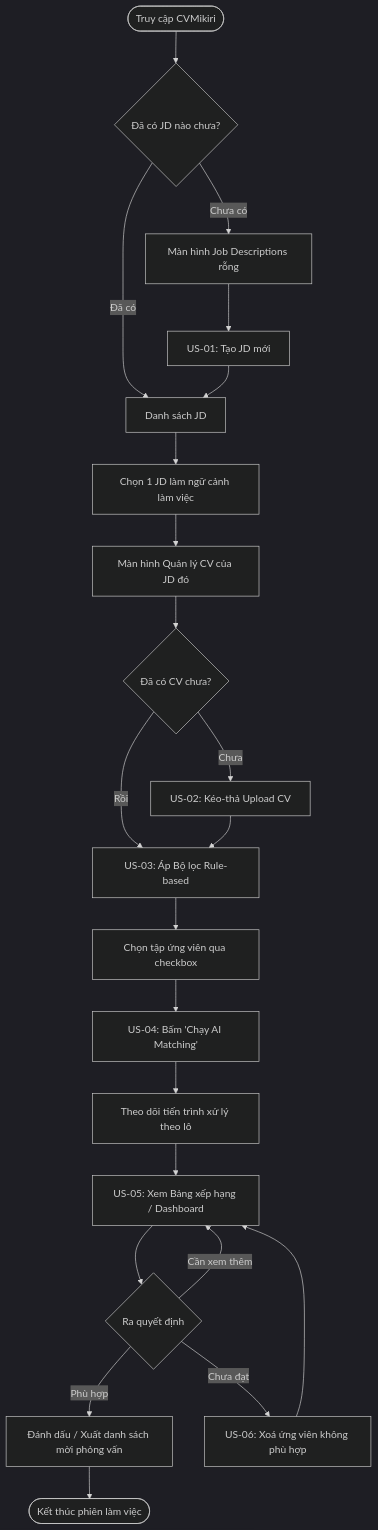
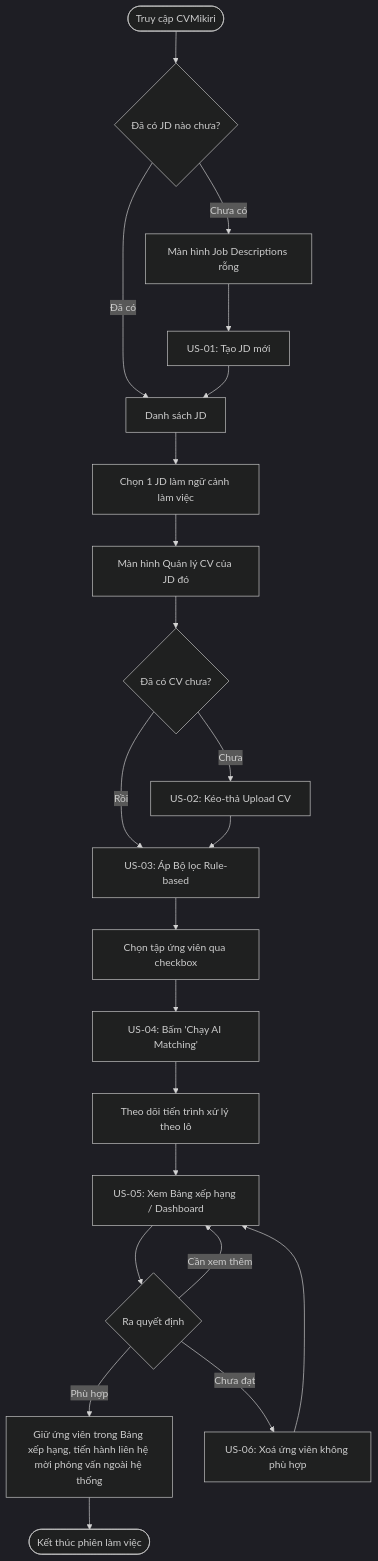
One commit to nadz1112/MikiriCV changed the first of 9 diagrams in docs/Chuong4_CVMikiri_UX.md. Above: the diagram before and after it, drawn with Mermaid (dark theme). The commit also changed other lines of this file, not shown here.

Commit message:
docs: UX/UI Design (User Flow, Wireframe, Prototype, AI Design Review) for CVMikiri

````diff
--- a/docs/Chuong4_CVMikiri_UX.md
+++ b/docs/Chuong4_CVMikiri_UX.md
@@ -18,24 +18,24 @@
 ```mermaid
 flowchart TD
     A([Truy cập CVMikiri]) --> B{Đã có JD nào chưa?}
     B -- Chưa có --> C[Màn hình Job Descriptions rỗng]
     C --> D[US-01: Tạo JD mới]
     B -- Đã có --> E[Danh sách JD]
     D --> E
     E --> F[Chọn 1 JD làm ngữ cảnh làm việc]
     F --> G[Màn hình Quản lý CV của JD đó]
     G --> H{Đã có CV chưa?}
     H -- Chưa --> I[US-02: Kéo-thả Upload CV]
     H -- Rồi --> J[US-03: Áp Bộ lọc Rule-based]
     I --> J
     J --> K[Chọn tập ứng viên qua checkbox]
     K --> L[US-04: Bấm 'Chạy AI Matching']
     L --> M[Theo dõi tiến trình xử lý theo lô]
     M --> N[US-05: Xem Bảng xếp hạng / Dashboard]
     N --> O{Ra quyết định}
-    O -- Phù hợp --> P[Đánh dấu / Xuất danh sách mời phỏng vấn]
+    O -- Phù hợp --> P[Giữ ứng viên trong Bảng xếp hạng, tiến hành liên hệ mời phỏng vấn ngoài hệ thống]
     O -- Chưa đạt --> Q[US-06: Xoá ứng viên không phù hợp]
     O -- Cần xem thêm --> N
     P --> R([Kết thúc phiên làm việc])
     Q --> N
 ```
````
